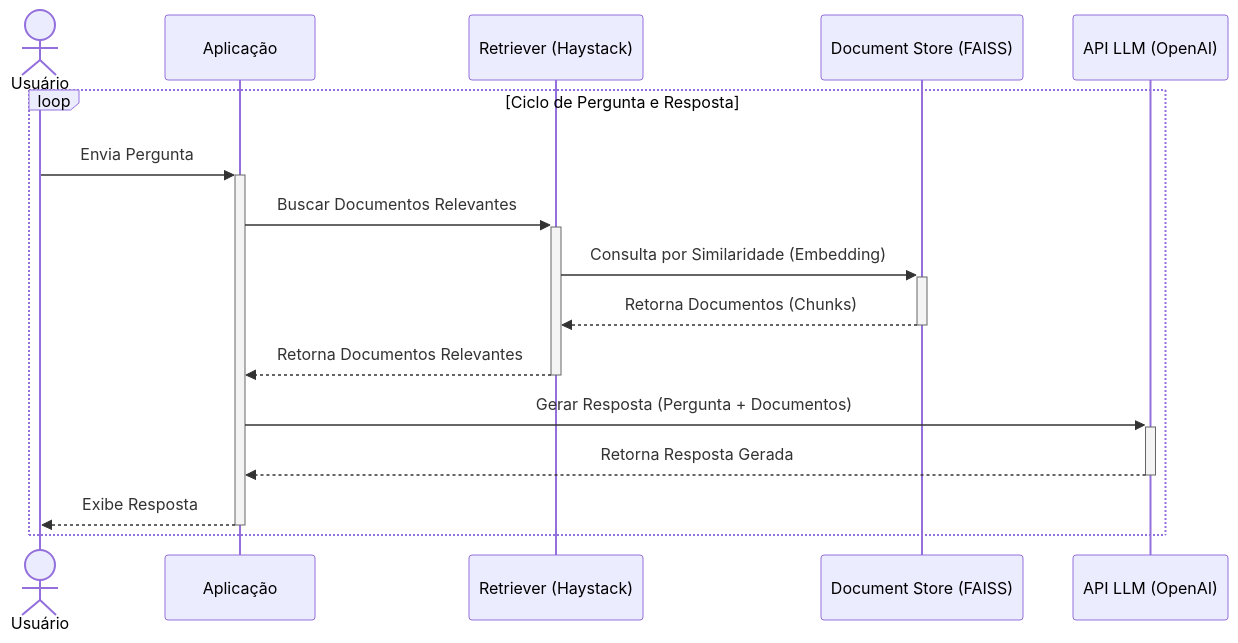
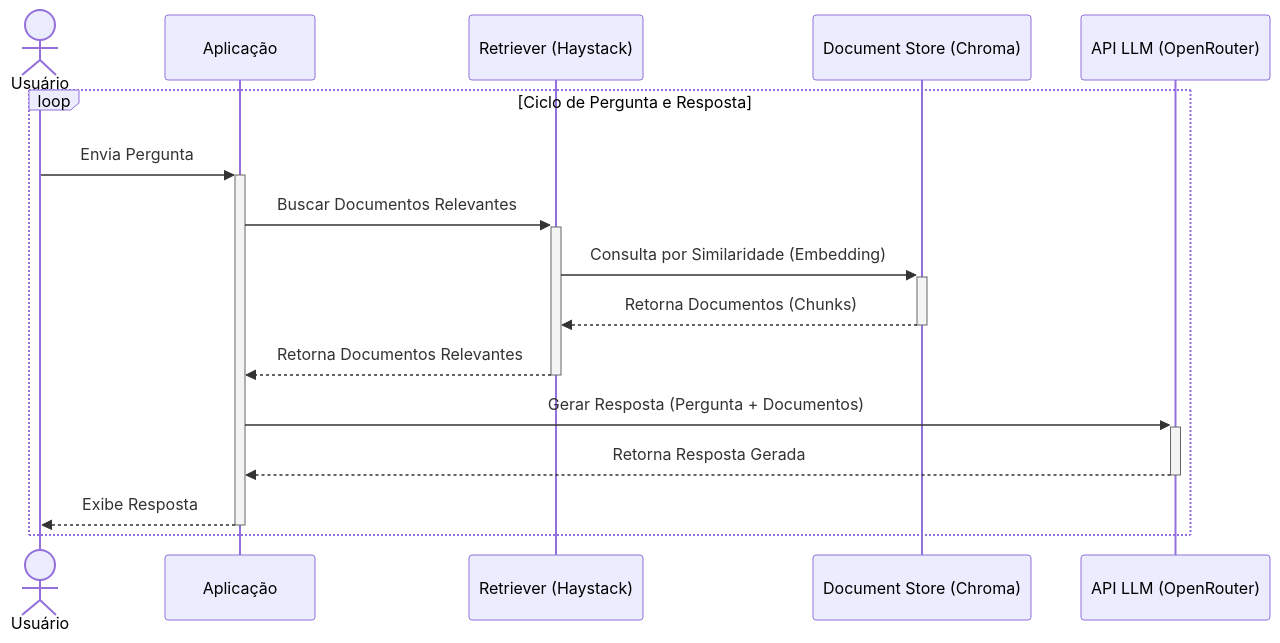
The second of 2 diagrams in README.md (tcfialho/poc-rag), drawn with Mermaid before and after one commit. The commit also changed other lines of this file and 4 other files, not shown here.

````diff
--- a/README.md
+++ b/README.md
@@ -124,19 +126,19 @@
 ```mermaid
 sequenceDiagram
     actor Usuário
     participant Aplicação as Aplicação
     participant Retriever as Retriever (Haystack)
-    participant DB_Vetorial as Document Store (FAISS)
-    participant LLM_API as API LLM (OpenAI)
+    participant DB_Vetorial as Document Store (Chroma)
+    participant LLM_API as API LLM (OpenRouter)
 
     loop Ciclo de Pergunta e Resposta
         Usuário->>+Aplicação: Envia Pergunta
         Aplicação->>+Retriever: Buscar Documentos Relevantes
         Retriever->>+DB_Vetorial: Consulta por Similaridade (Embedding)
         DB_Vetorial-->>-Retriever: Retorna Documentos (Chunks)
         Retriever-->>-Aplicação: Retorna Documentos Relevantes
         Aplicação->>+LLM_API: Gerar Resposta (Pergunta + Documentos)
         LLM_API-->>-Aplicação: Retorna Resposta Gerada
         Aplicação-->>-Usuário: Exibe Resposta
     end
 ```
````
